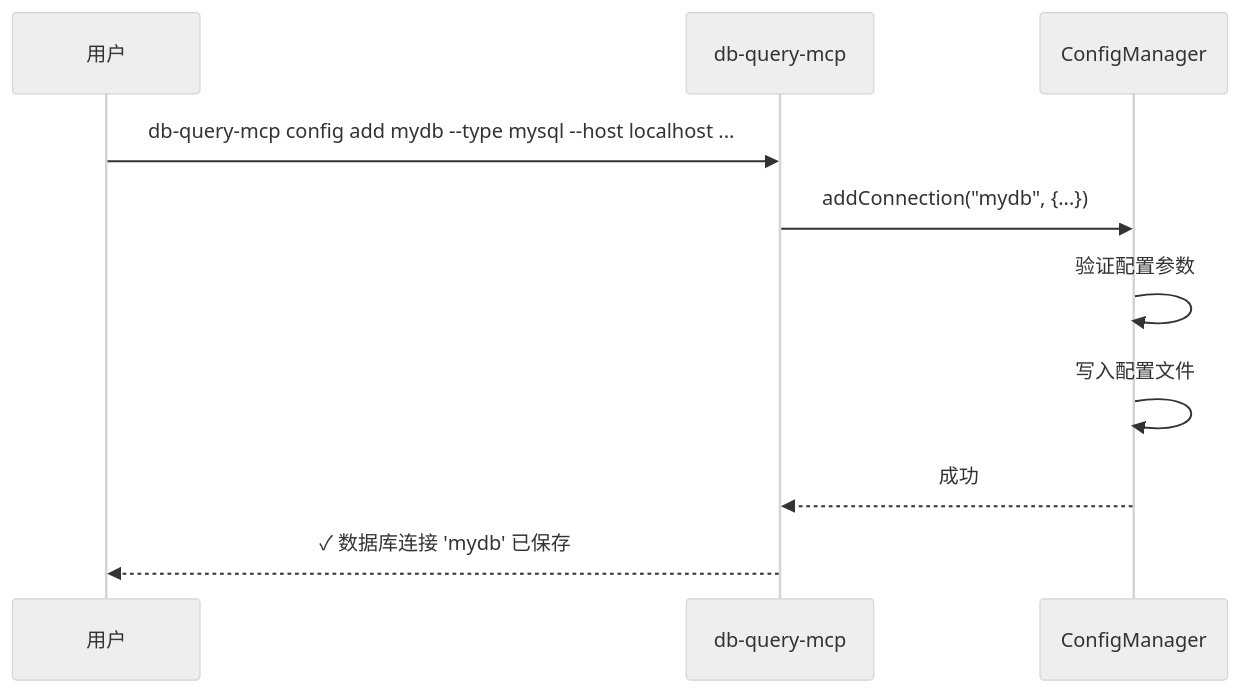
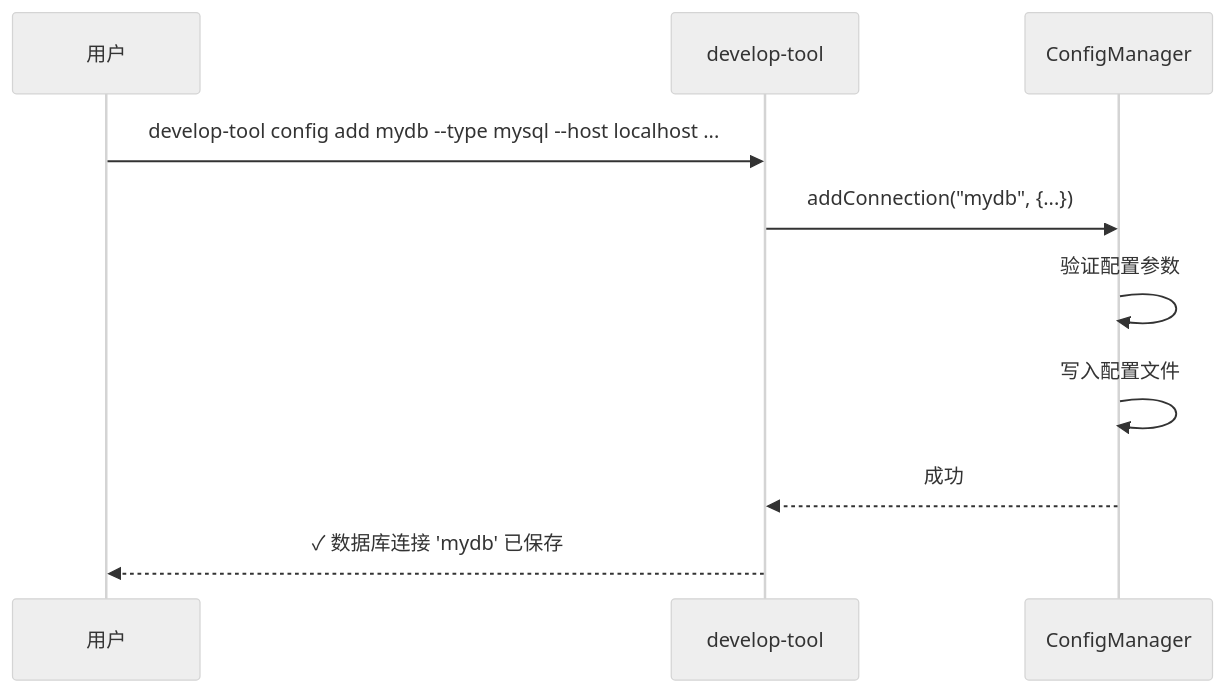
Before and after one commit to xuejike/coding-db-mcp: the third of 3 diagrams in .kiro/specs/database-alias-config/design.md, drawn with Mermaid (neutral theme). The commit also changed other lines of this file and 5 other files, not shown here.

````diff
--- a/.kiro/specs/database-alias-config/design.md
+++ b/.kiro/specs/database-alias-config/design.md
@@ -52,13 +52,13 @@
 ```mermaid
 sequenceDiagram
     participant User as 用户
-    participant CLI as db-query-mcp
+    participant CLI as develop-tool
     participant CM as ConfigManager
 
-    User->>CLI: db-query-mcp config add mydb --type mysql --host localhost ...
+    User->>CLI: develop-tool config add mydb --type mysql --host localhost ...
     CLI->>CM: addConnection("mydb", {...})
     CM->>CM: 验证配置参数
     CM->>CM: 写入配置文件
     CM-->>CLI: 成功
     CLI-->>User: ✓ 数据库连接 'mydb' 已保存
 ```
````
